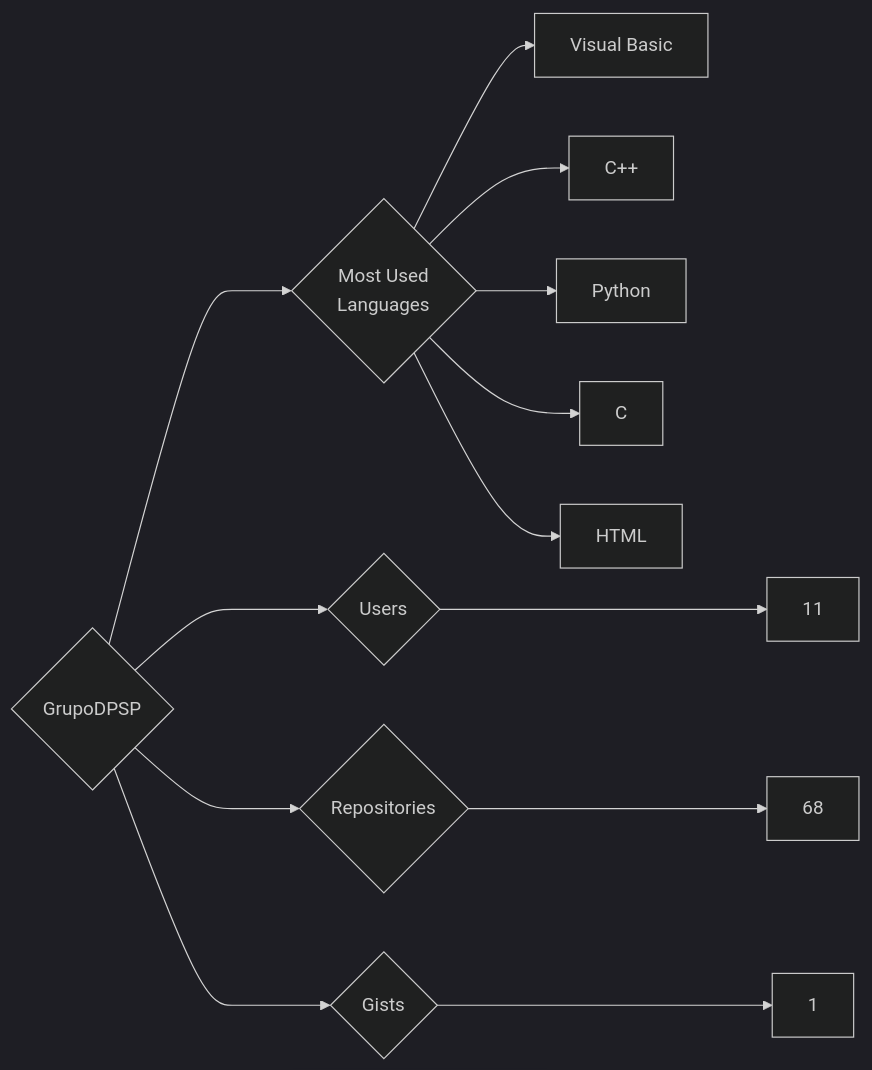
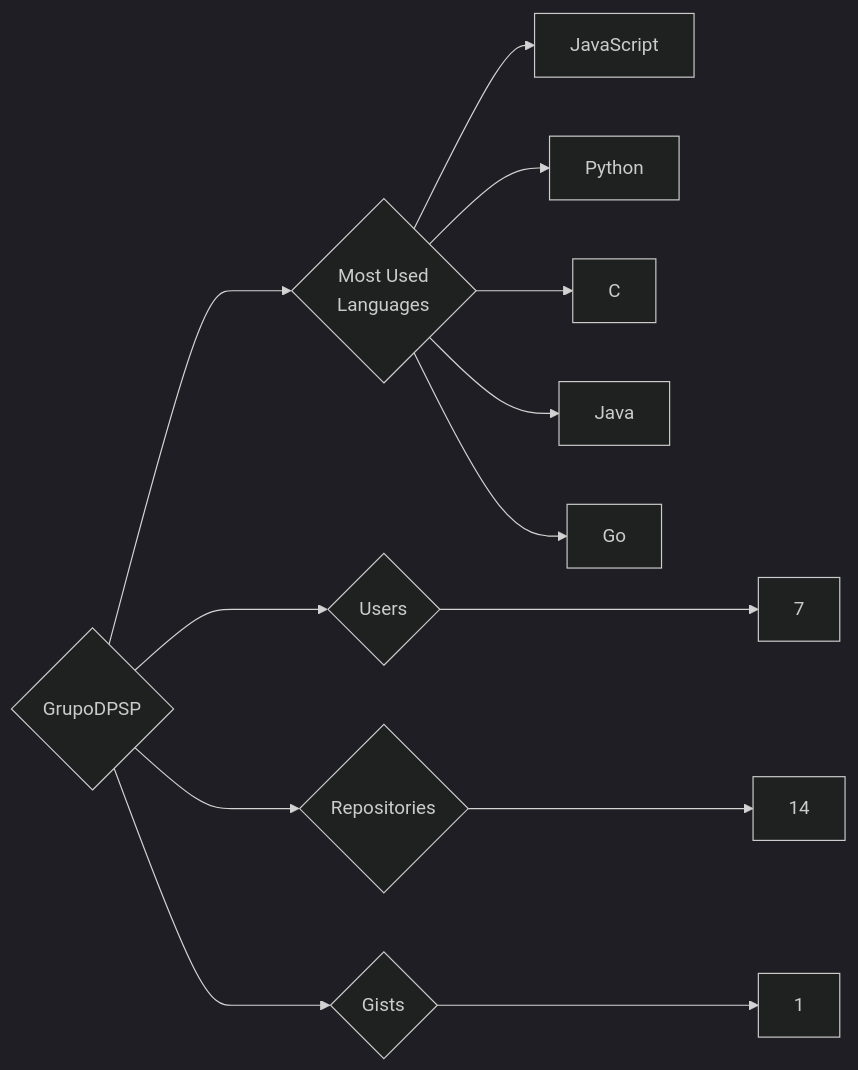
One commit to trickest/insiders changed the diagram in targets/GrupoDPSP/README.md. Above: the diagram before and after it, drawn with Mermaid (dark theme). The commit also changed 1170 other files, not shown here.

````diff
--- a/targets/GrupoDPSP/README.md
+++ b/targets/GrupoDPSP/README.md
@@ -3,13 +3,13 @@
 ```mermaid
 graph LR
 COMPANY_NAME{GrupoDPSP}
-COMPANY_NAME ---> U{Users} ---> UN[11]
-COMPANY_NAME ---> R{Repositories} ---> RN[68]
+COMPANY_NAME ---> U{Users} ---> UN[7]
+COMPANY_NAME ---> R{Repositories} ---> RN[14]
 COMPANY_NAME ---> G{Gists} ---> GN[1]
 COMPANY_NAME ---> ML{Most Used<br>Languages}
-ML --> Visual_Basic[Visual Basic]
-ML --> C++[C++]
+ML --> JavaScript[JavaScript]
 ML --> Python[Python]
 ML --> C[C]
-ML --> HTML[HTML]
+ML --> Java[Java]
+ML --> Go[Go]
 ```
````
